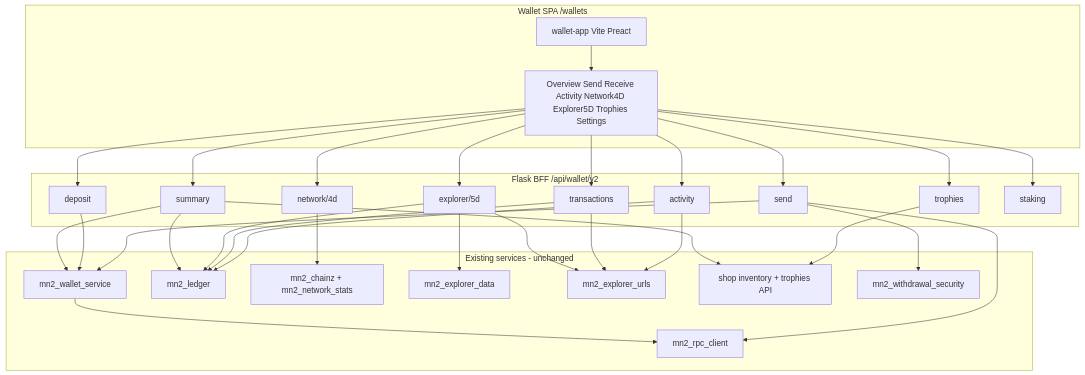
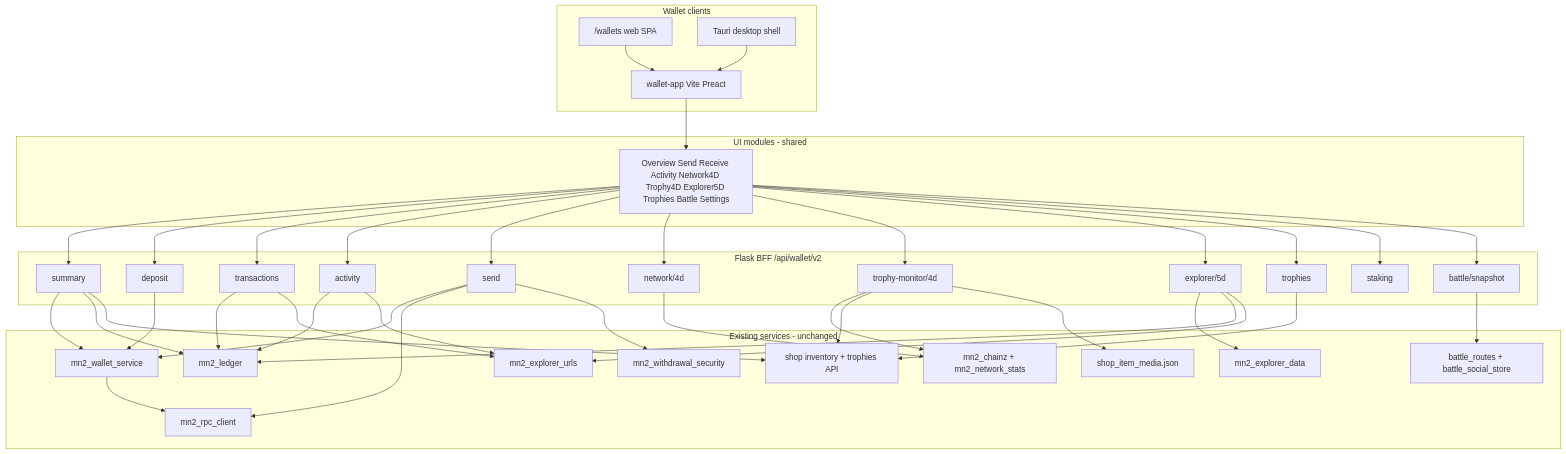
The first of 3 diagrams in docs/plans/2026-09-16-002-feat-wallet-rebuild-plan.md (jonK341/Masternoder.dk), drawn with Mermaid before and after one commit. The commit also changed other lines of this file, not shown here.

First line of the commit message:
docs(plan): expand wallet rebuild with desktop shell, 4D trophy monitor, battle widget

````diff
--- a/docs/plans/2026-09-16-002-feat-wallet-rebuild-plan.md
+++ b/docs/plans/2026-09-16-002-feat-wallet-rebuild-plan.md
@@ -134,40 +234,53 @@
 ```mermaid
 flowchart TB
-  subgraph client [Wallet SPA /wallets]
-    Shell[wallet-app Vite Preact]
-    Tabs[Overview Send Receive Activity Network4D Explorer5D Trophies Settings]
-    Shell --> Tabs
+  subgraph clients [Wallet clients]
+    Web["/wallets web SPA"]
+    Desktop["Tauri desktop shell"]
+    SharedUI["wallet-app Vite Preact"]
+    Web --> SharedUI
+    Desktop --> SharedUI
+  end
+
+  subgraph modules [UI modules - shared]
+    Tabs[Overview Send Receive Activity Network4D Trophy4D Explorer5D Trophies Battle Settings]
+    SharedUI --> Tabs
   end
 
   subgraph v2 [Flask BFF /api/wallet/v2]
     Sum[summary]
     Dep[deposit]
     Tx[transactions]
     Act[activity]
     Send[send]
     Net4d[network/4d]
+    Tro4d[trophy-monitor/4d]
     Exp5d[explorer/5d]
     Tro[trophies]
     Stk[staking]
+    Bat[battle/snapshot]
   end
 
   subgraph legacy [Existing services - unchanged]
     WSvc[mn2_wallet_service]
     RPC[mn2_rpc_client]
     Led[mn2_ledger]
     Chainz[mn2_chainz + mn2_network_stats]
     ExplData[mn2_explorer_data]
     ExplURL[mn2_explorer_urls]
     Shop[shop inventory + trophies API]
     Sec[mn2_withdrawal_security]
+    Battle[battle_routes + battle_social_store]
+    Media[shop_item_media.json]
   end
 
-  Tabs --> Sum & Dep & Tx & Act & Send & Net4d & Exp5d & Tro & Stk
+  Tabs --> Sum & Dep & Tx & Act & Send & Net4d & Tro4d & Exp5d & Tro & Stk & Bat
   Sum --> WSvc & Led & Shop
   Dep --> WSvc --> RPC
   Send --> WSvc & RPC & Sec
   Net4d --> Chainz
+  Tro4d --> Chainz & Shop & Media
   Exp5d --> ExplData & Led & ExplURL
   Tro --> Shop
+  Bat --> Battle
   Tx & Act --> Led & ExplURL
 ```
````
